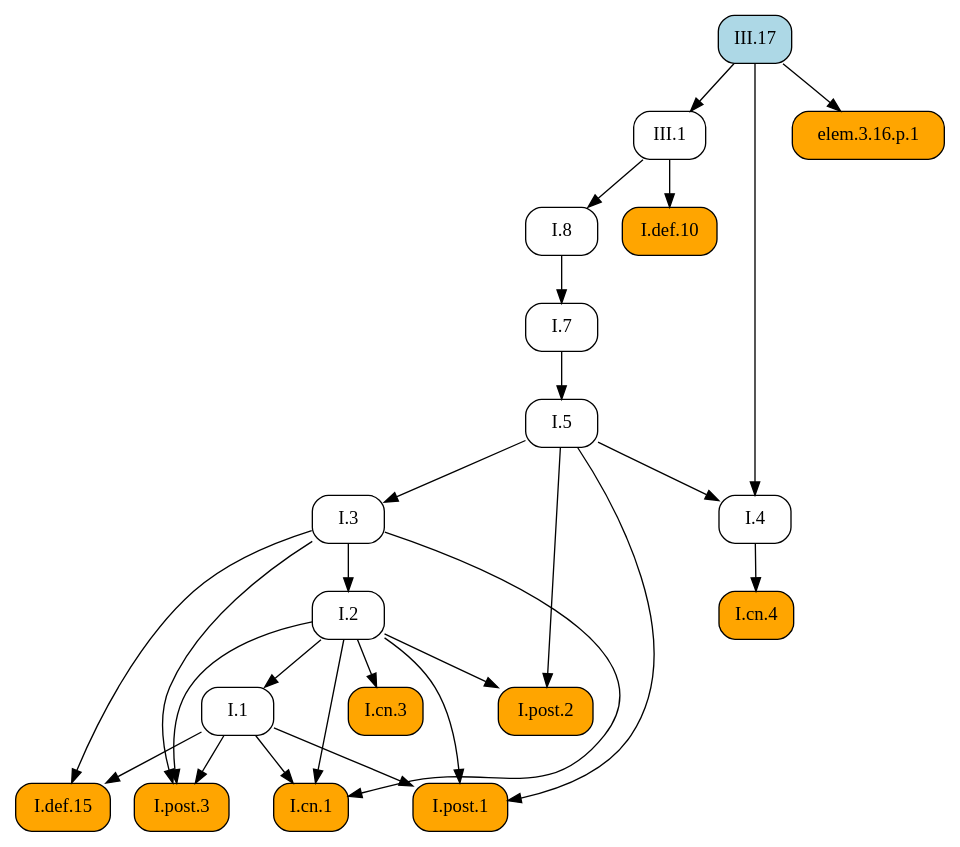
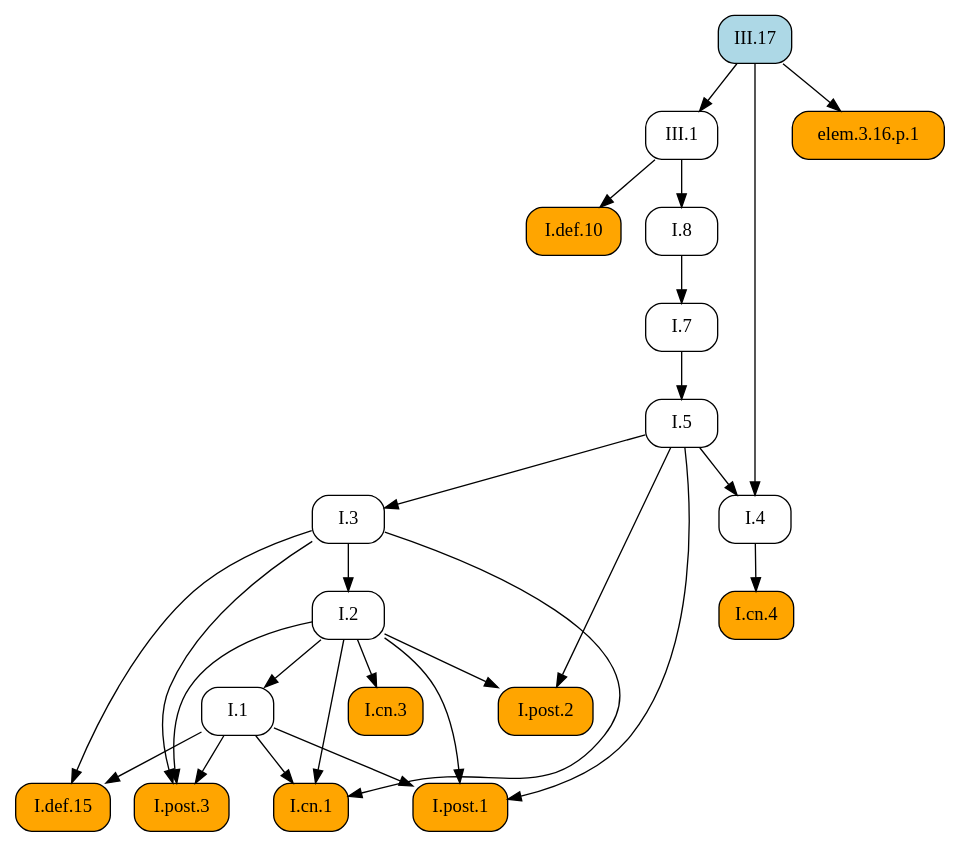
One commit to geometor/elements changed the diagram in docsrc/elements2/III/17/index.rst. Above: the diagram before and after it, drawn with Graphviz. The commit also changed other lines of this file and 171 other files, not shown here.

```diff
--- a/docsrc/elements2/III/17/index.rst
+++ b/docsrc/elements2/III/17/index.rst
@@ -64,50 +64,50 @@
 .. graphviz::
 
    digraph {
      rankdir="TB";
      node [shape=box, style=rounded];
+     "I.8" [URL="/elements2/I/8/", target="_top"];
+     "I.1" [URL="/elements2/I/1/", target="_top"];
+     "I.cn.4" [style="rounded,filled", fillcolor=orange, URL="/elements2/I/cn.4/", target="_top"];
+     "I.cn.3" [style="rounded,filled", fillcolor=orange, URL="/elements2/I/cn.3/", target="_top"];
+     "I.7" [URL="/elements2/I/7/", target="_top"];
+     "I.post.1" [style="rounded,filled", fillcolor=orange, URL="/elements2/I/post.1/", target="_top"];
+     "III.17" [style="rounded,filled", fillcolor=lightblue, URL="/elements2/III/17/", target="_top"];
+     "I.5" [URL="/elements2/I/5/", target="_top"];
+     "I.cn.1" [style="rounded,filled", fillcolor=orange, URL="/elements2/I/cn.1/", target="_top"];
      "I.def.10" [style="rounded,filled", fillcolor=orange, URL="/elements2/I/def.10/", target="_top"];
-     "I.8" [URL="/elements2/I/8/", target="_top"];
      "I.2" [URL="/elements2/I/2/", target="_top"];
-     "I.cn.4" [style="rounded,filled", fillcolor=orange, URL="/elements2/I/cn.4/", target="_top"];
+     "elem.3.16.p.1" [style="rounded,filled", fillcolor=orange];
      "I.def.15" [style="rounded,filled", fillcolor=orange, URL="/elements2/I/def.15/", target="_top"];
+     "I.4" [URL="/elements2/I/4/", target="_top"];
+     "III.1" [URL="/elements2/III/1/", target="_top"];
+     "I.3" [URL="/elements2/I/3/", target="_top"];
+     "I.post.2" [style="rounded,filled", fillcolor=orange, URL="/elements2/I/post.2/", target="_top"];
      "I.post.3" [style="rounded,filled", fillcolor=orange, URL="/elements2/I/post.3/", target="_top"];
-     "III.1" [URL="/elements2/III/1/", target="_top"];
-     "I.1" [URL="/elements2/I/1/", target="_top"];
-     "III.17" [style="rounded,filled", fillcolor=lightblue, URL="/elements2/III/17/", target="_top"];
-     "I.post.2" [style="rounded,filled", fillcolor=orange, URL="/elements2/I/post.2/", target="_top"];
-     "I.post.1" [style="rounded,filled", fillcolor=orange, URL="/elements2/I/post.1/", target="_top"];
-     "I.7" [URL="/elements2/I/7/", target="_top"];
-     "I.cn.1" [style="rounded,filled", fillcolor=orange, URL="/elements2/I/cn.1/", target="_top"];
-     "I.3" [URL="/elements2/I/3/", target="_top"];
-     "I.cn.3" [style="rounded,filled", fillcolor=orange, URL="/elements2/I/cn.3/", target="_top"];
-     "I.5" [URL="/elements2/I/5/", target="_top"];
-     "I.4" [URL="/elements2/I/4/", target="_top"];
-     "elem.3.16.p.1" [style="rounded,filled", fillcolor=orange];
+     "III.1" -> "I.8";
+     "I.2" -> "I.1";
+     "I.4" -> "I.cn.4";
+     "I.2" -> "I.cn.3";
+     "I.8" -> "I.7";
+     "I.1" -> "I.post.1";
+     "I.2" -> "I.post.1";
+     "I.5" -> "I.post.1";
+     "I.7" -> "I.5";
+     "I.1" -> "I.cn.1";
+     "I.2" -> "I.cn.1";
+     "I.3" -> "I.cn.1";
      "III.1" -> "I.def.10";
-     "III.1" -> "I.8";
      "I.3" -> "I.2";
-     "I.4" -> "I.cn.4";
+     "III.17" -> "elem.3.16.p.1";
      "I.1" -> "I.def.15";
      "I.3" -> "I.def.15";
+     "I.5" -> "I.4";
+     "III.17" -> "I.4";
+     "III.17" -> "III.1";
+     "I.5" -> "I.3";
+     "I.2" -> "I.post.2";
+     "I.5" -> "I.post.2";
      "I.1" -> "I.post.3";
      "I.2" -> "I.post.3";
      "I.3" -> "I.post.3";
-     "III.17" -> "III.1";
-     "I.2" -> "I.1";
-     "I.2" -> "I.post.2";
-     "I.5" -> "I.post.2";
-     "I.1" -> "I.post.1";
-     "I.2" -> "I.post.1";
-     "I.5" -> "I.post.1";
-     "I.8" -> "I.7";
-     "I.1" -> "I.cn.1";
-     "I.2" -> "I.cn.1";
-     "I.3" -> "I.cn.1";
-     "I.5" -> "I.3";
-     "I.2" -> "I.cn.3";
-     "I.7" -> "I.5";
-     "I.5" -> "I.4";
-     "III.17" -> "I.4";
-     "III.17" -> "elem.3.16.p.1";
    }
```
